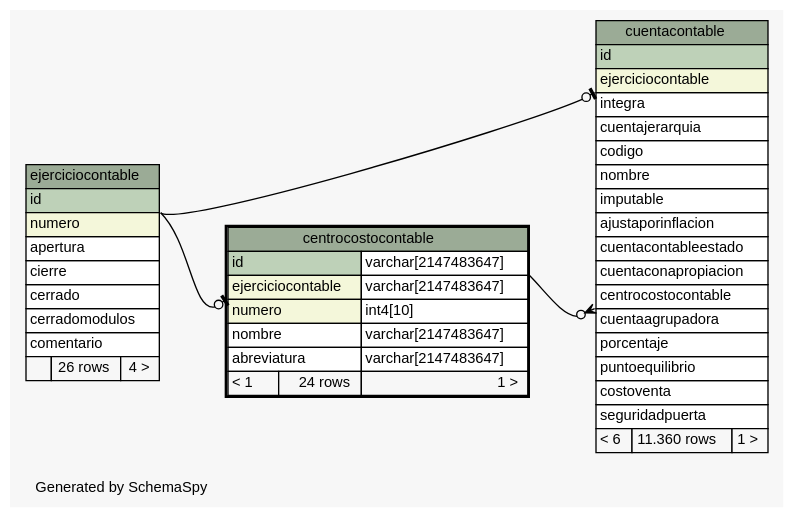
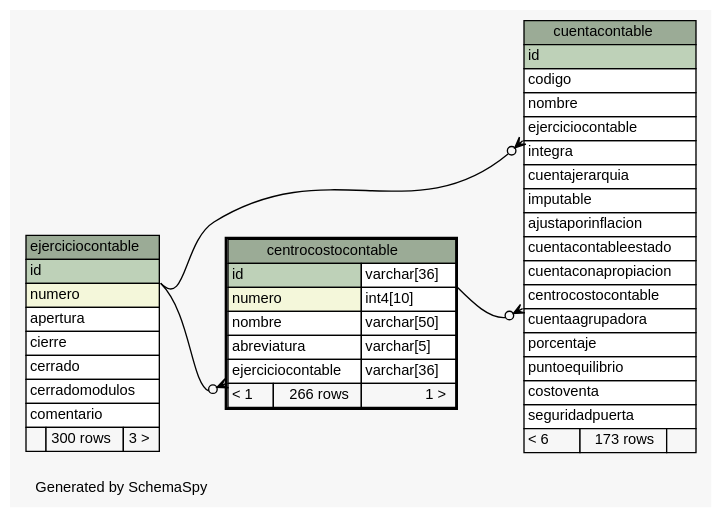
One commit to diegopablomansilla/massoftware_front changed the diagram in postgresql/schemaSpy/salida/diagrams/centrocostocontable.1degree.dot. Above: the diagram before and after it, drawn with Graphviz. The commit also changed 350 other files, not shown here.

```diff
--- a/postgresql/schemaSpy/salida/diagrams/centrocostocontable.1degree.dot
+++ b/postgresql/schemaSpy/salida/diagrams/centrocostocontable.1degree.dot
@@ -1,80 +1,80 @@
 // dot 2.2.1 on Windows 10 10.0
 // SchemaSpy rev 590
 digraph "oneDegreeRelationshipsDiagram" {
   graph [
     rankdir="RL"
     bgcolor="#f7f7f7"
     label="\nGenerated by SchemaSpy"
     labeljust="l"
     nodesep="0.18"
     ranksep="0.46"
     fontname="Helvetica"
     fontsize="11"
   ];
   node [
     fontname="Helvetica"
     fontsize="11"
     shape="plaintext"
   ];
   edge [
     arrowsize="0.8"
   ];
-  "centrocostocontable":"ejerciciocontable":sw -> "ejerciciocontable":"id":se [arrowhead=none dir=back arrowtail=teeodot];
+  "centrocostocontable":"ejerciciocontable":sw -> "ejerciciocontable":"id":se [arrowhead=none dir=back arrowtail=crowodot];
   "cuentacontable":"centrocostocontable":sw -> "centrocostocontable":"id.type":se [arrowhead=none dir=back arrowtail=crowodot];
-  "cuentacontable":"ejerciciocontable":sw -> "ejerciciocontable":"id":se [arrowhead=none dir=back arrowtail=teeodot];
+  "cuentacontable":"ejerciciocontable":sw -> "ejerciciocontable":"id":se [arrowhead=none dir=back arrowtail=crowodot];
   "centrocostocontable" [
     label=<
     <TABLE BORDER="2" CELLBORDER="1" CELLSPACING="0" BGCOLOR="#ffffff">
       <TR><TD COLSPAN="3" BGCOLOR="#9bab96" ALIGN="CENTER">centrocostocontable</TD></TR>
-      <TR><TD PORT="id" COLSPAN="2" BGCOLOR="#bed1b8" ALIGN="LEFT">id</TD><TD PORT="id.type" ALIGN="LEFT">varchar[2147483647]</TD></TR>
-      <TR><TD PORT="ejerciciocontable" COLSPAN="2" BGCOLOR="#f4f7da" ALIGN="LEFT">ejerciciocontable</TD><TD PORT="ejerciciocontable.type" ALIGN="LEFT">varchar[2147483647]</TD></TR>
+      <TR><TD PORT="id" COLSPAN="2" BGCOLOR="#bed1b8" ALIGN="LEFT">id</TD><TD PORT="id.type" ALIGN="LEFT">varchar[36]</TD></TR>
       <TR><TD PORT="numero" COLSPAN="2" BGCOLOR="#f4f7da" ALIGN="LEFT">numero</TD><TD PORT="numero.type" ALIGN="LEFT">int4[10]</TD></TR>
-      <TR><TD PORT="nombre" COLSPAN="2" ALIGN="LEFT">nombre</TD><TD PORT="nombre.type" ALIGN="LEFT">varchar[2147483647]</TD></TR>
-      <TR><TD PORT="abreviatura" COLSPAN="2" ALIGN="LEFT">abreviatura</TD><TD PORT="abreviatura.type" ALIGN="LEFT">varchar[2147483647]</TD></TR>
-      <TR><TD ALIGN="LEFT" BGCOLOR="#f7f7f7">&lt; 1</TD><TD ALIGN="RIGHT" BGCOLOR="#f7f7f7">24 rows</TD><TD ALIGN="RIGHT" BGCOLOR="#f7f7f7">1 &gt;</TD></TR>
+      <TR><TD PORT="nombre" COLSPAN="2" ALIGN="LEFT">nombre</TD><TD PORT="nombre.type" ALIGN="LEFT">varchar[50]</TD></TR>
+      <TR><TD PORT="abreviatura" COLSPAN="2" ALIGN="LEFT">abreviatura</TD><TD PORT="abreviatura.type" ALIGN="LEFT">varchar[5]</TD></TR>
+      <TR><TD PORT="ejerciciocontable" COLSPAN="2" ALIGN="LEFT">ejerciciocontable</TD><TD PORT="ejerciciocontable.type" ALIGN="LEFT">varchar[36]</TD></TR>
+      <TR><TD ALIGN="LEFT" BGCOLOR="#f7f7f7">&lt; 1</TD><TD ALIGN="RIGHT" BGCOLOR="#f7f7f7">266 rows</TD><TD ALIGN="RIGHT" BGCOLOR="#f7f7f7">1 &gt;</TD></TR>
     </TABLE>>
     URL="centrocostocontable.html"
     tooltip="centrocostocontable"
   ];
   "cuentacontable" [
     label=<
     <TABLE BORDER="0" CELLBORDER="1" CELLSPACING="0" BGCOLOR="#ffffff">
       <TR><TD COLSPAN="3" BGCOLOR="#9bab96" ALIGN="CENTER">cuentacontable</TD></TR>
       <TR><TD PORT="id" COLSPAN="3" BGCOLOR="#bed1b8" ALIGN="LEFT">id</TD></TR>
-      <TR><TD PORT="ejerciciocontable" COLSPAN="3" BGCOLOR="#f4f7da" ALIGN="LEFT">ejerciciocontable</TD></TR>
+      <TR><TD PORT="codigo" COLSPAN="3" ALIGN="LEFT">codigo</TD></TR>
+      <TR><TD PORT="nombre" COLSPAN="3" ALIGN="LEFT">nombre</TD></TR>
+      <TR><TD PORT="ejerciciocontable" COLSPAN="3" ALIGN="LEFT">ejerciciocontable</TD></TR>
       <TR><TD PORT="integra" COLSPAN="3" ALIGN="LEFT">integra</TD></TR>
       <TR><TD PORT="cuentajerarquia" COLSPAN="3" ALIGN="LEFT">cuentajerarquia</TD></TR>
-      <TR><TD PORT="codigo" COLSPAN="3" ALIGN="LEFT">codigo</TD></TR>
-      <TR><TD PORT="nombre" COLSPAN="3" ALIGN="LEFT">nombre</TD></TR>
       <TR><TD PORT="imputable" COLSPAN="3" ALIGN="LEFT">imputable</TD></TR>
       <TR><TD PORT="ajustaporinflacion" COLSPAN="3" ALIGN="LEFT">ajustaporinflacion</TD></TR>
       <TR><TD PORT="cuentacontableestado" COLSPAN="3" ALIGN="LEFT">cuentacontableestado</TD></TR>
       <TR><TD PORT="cuentaconapropiacion" COLSPAN="3" ALIGN="LEFT">cuentaconapropiacion</TD></TR>
       <TR><TD PORT="centrocostocontable" COLSPAN="3" ALIGN="LEFT">centrocostocontable</TD></TR>
       <TR><TD PORT="cuentaagrupadora" COLSPAN="3" ALIGN="LEFT">cuentaagrupadora</TD></TR>
       <TR><TD PORT="porcentaje" COLSPAN="3" ALIGN="LEFT">porcentaje</TD></TR>
       <TR><TD PORT="puntoequilibrio" COLSPAN="3" ALIGN="LEFT">puntoequilibrio</TD></TR>
       <TR><TD PORT="costoventa" COLSPAN="3" ALIGN="LEFT">costoventa</TD></TR>
       <TR><TD PORT="seguridadpuerta" COLSPAN="3" ALIGN="LEFT">seguridadpuerta</TD></TR>
-      <TR><TD ALIGN="LEFT" BGCOLOR="#f7f7f7">&lt; 6</TD><TD ALIGN="RIGHT" BGCOLOR="#f7f7f7">11.360 rows</TD><TD ALIGN="RIGHT" BGCOLOR="#f7f7f7">1 &gt;</TD></TR>
+      <TR><TD ALIGN="LEFT" BGCOLOR="#f7f7f7">&lt; 6</TD><TD ALIGN="RIGHT" BGCOLOR="#f7f7f7">173 rows</TD><TD ALIGN="RIGHT" BGCOLOR="#f7f7f7">  </TD></TR>
     </TABLE>>
     URL="cuentacontable.html"
     tooltip="cuentacontable"
   ];
   "ejerciciocontable" [
     label=<
     <TABLE BORDER="0" CELLBORDER="1" CELLSPACING="0" BGCOLOR="#ffffff">
       <TR><TD COLSPAN="3" BGCOLOR="#9bab96" ALIGN="CENTER">ejerciciocontable</TD></TR>
       <TR><TD PORT="id" COLSPAN="3" BGCOLOR="#bed1b8" ALIGN="LEFT">id</TD></TR>
       <TR><TD PORT="numero" COLSPAN="3" BGCOLOR="#f4f7da" ALIGN="LEFT">numero</TD></TR>
       <TR><TD PORT="apertura" COLSPAN="3" ALIGN="LEFT">apertura</TD></TR>
       <TR><TD PORT="cierre" COLSPAN="3" ALIGN="LEFT">cierre</TD></TR>
       <TR><TD PORT="cerrado" COLSPAN="3" ALIGN="LEFT">cerrado</TD></TR>
       <TR><TD PORT="cerradomodulos" COLSPAN="3" ALIGN="LEFT">cerradomodulos</TD></TR>
       <TR><TD PORT="comentario" COLSPAN="3" ALIGN="LEFT">comentario</TD></TR>
-      <TR><TD ALIGN="LEFT" BGCOLOR="#f7f7f7">  </TD><TD ALIGN="RIGHT" BGCOLOR="#f7f7f7">26 rows</TD><TD ALIGN="RIGHT" BGCOLOR="#f7f7f7">4 &gt;</TD></TR>
+      <TR><TD ALIGN="LEFT" BGCOLOR="#f7f7f7">  </TD><TD ALIGN="RIGHT" BGCOLOR="#f7f7f7">300 rows</TD><TD ALIGN="RIGHT" BGCOLOR="#f7f7f7">3 &gt;</TD></TR>
     </TABLE>>
     URL="ejerciciocontable.html"
     tooltip="ejerciciocontable"
   ];
 }
```
